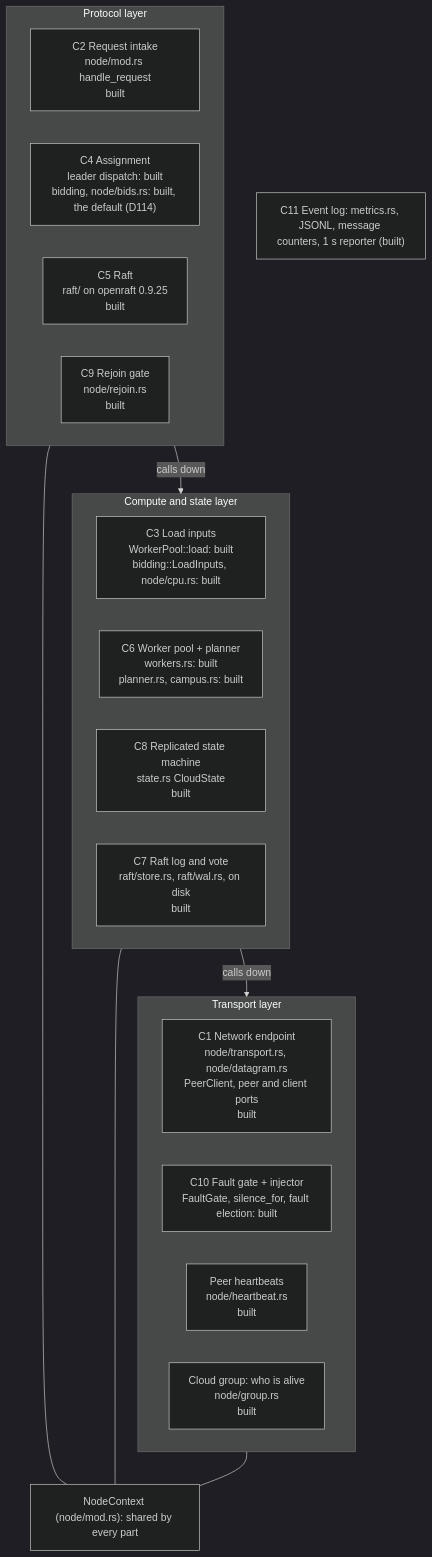
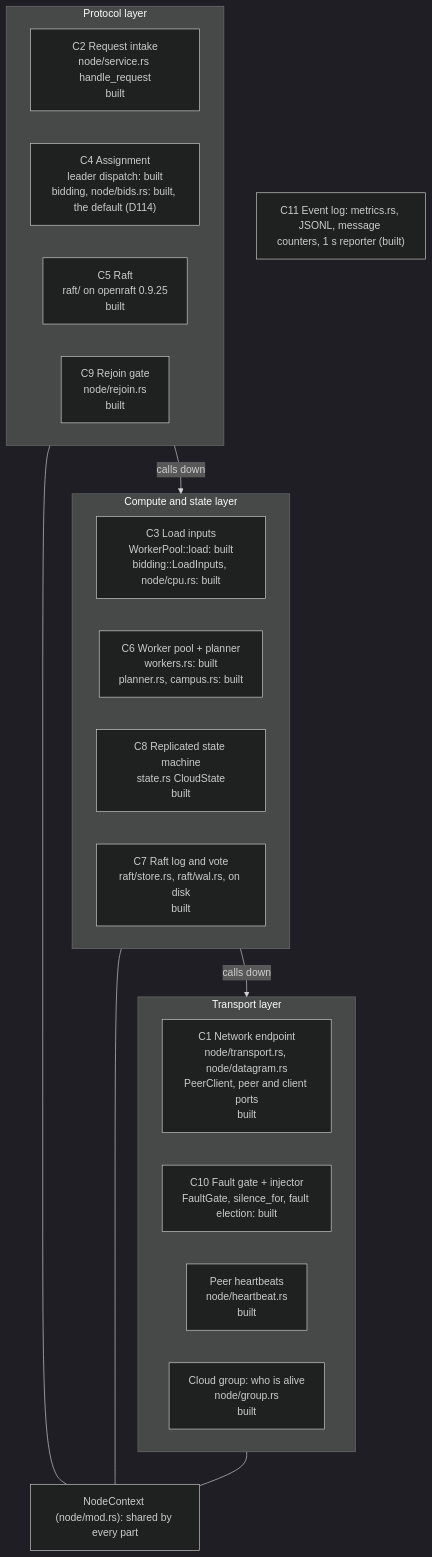
The fourth of 47 diagrams in docs/architecture.md (noortaytoy1/DistributedSystems), drawn with Mermaid (dark theme) before and after one commit. The commit also changed other lines of this file and 4 other files, not shown here.

````diff
--- a/docs/architecture.md
+++ b/docs/architecture.md
@@ -254,31 +254,31 @@
 ```mermaid
 flowchart TB
     subgraph TR["Transport layer"]
         direction LR
         C1["C1 Network endpoint<br/>node/transport.rs, node/datagram.rs<br/>PeerClient, peer and client ports<br/>built"]
         C10["C10 Fault gate + injector<br/>FaultGate, silence_for, fault election: built"]
         HB["Peer heartbeats<br/>node/heartbeat.rs<br/>built"]
         GRP["Cloud group: who is alive<br/>node/group.rs<br/>built"]
     end
     subgraph PR["Protocol layer"]
         direction LR
-        C2["C2 Request intake<br/>node/mod.rs handle_request<br/>built"]
+        C2["C2 Request intake<br/>node/service.rs handle_request<br/>built"]
         C4["C4 Assignment<br/>leader dispatch: built<br/>bidding, node/bids.rs: built, the default (D114)"]
         C5["C5 Raft<br/>raft/ on openraft 0.9.25<br/>built"]
         C9["C9 Rejoin gate<br/>node/rejoin.rs<br/>built"]
     end
     subgraph CS["Compute and state layer"]
         direction LR
         C3["C3 Load inputs<br/>WorkerPool::load: built<br/>bidding::LoadInputs, node/cpu.rs: built"]
         C6["C6 Worker pool + planner<br/>workers.rs: built<br/>planner.rs, campus.rs: built"]
         C8["C8 Replicated state machine<br/>state.rs CloudState<br/>built"]
         C7["C7 Raft log and vote<br/>raft/store.rs, raft/wal.rs, on disk<br/>built"]
     end
     C11["C11 Event log: metrics.rs, JSONL, message counters, 1 s reporter (built)"]
     CTX["NodeContext (node/mod.rs): shared by every part"]
     PR -->|"calls down"| CS
     CS -->|"calls down"| TR
     PR --- CTX
     CS --- CTX
     TR --- CTX
 ```
````
